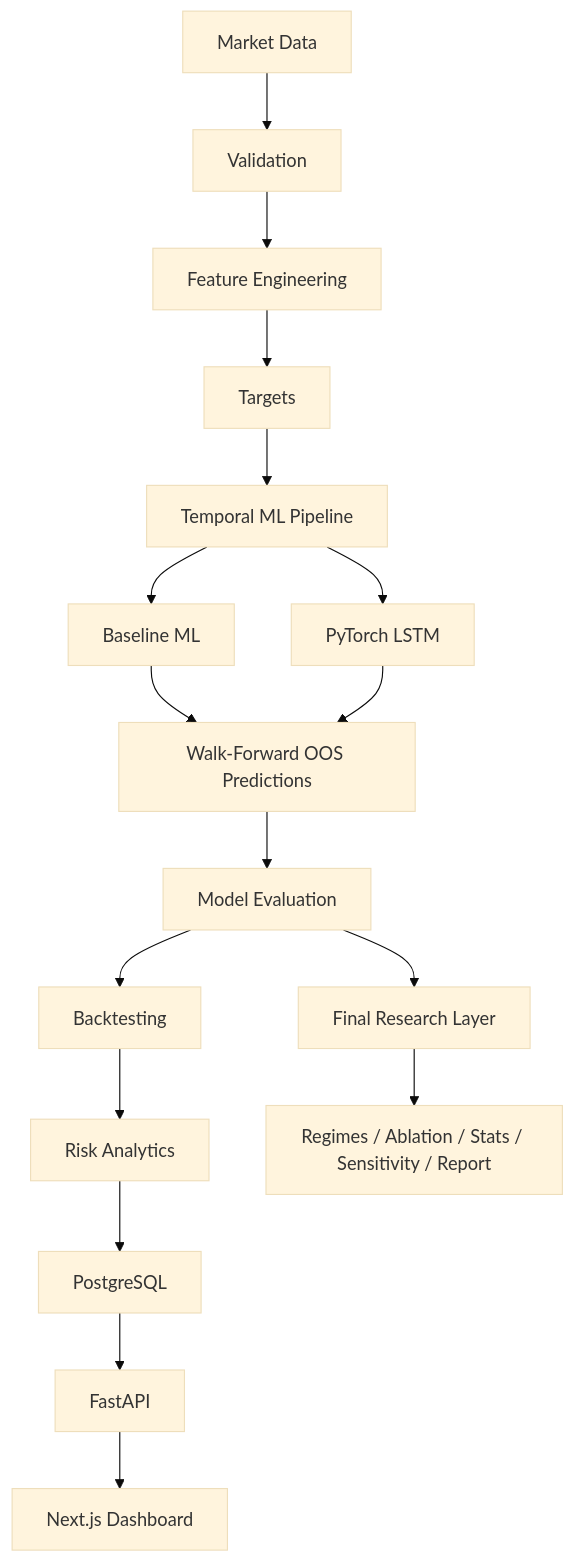
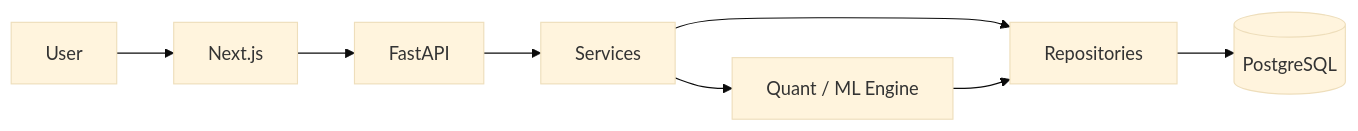
The diagram in README.md (Hypersb/stock-price-prediction-with-lsmt), drawn with Mermaid (base theme) before and after one commit. The commit also changed other lines of this file and 7 other files, not shown here.

````diff
--- a/README.md
+++ b/README.md
@@ -19,19 +41,10 @@
 ```mermaid
-flowchart TD
-    A[Market Data] --> B[Validation]
-    B --> C[Feature Engineering]
-    C --> D[Targets]
-    D --> E[Temporal ML Pipeline]
-    E --> F[Baseline ML]
-    E --> G[PyTorch LSTM]
-    F --> H[Walk-Forward OOS Predictions]
-    G --> H
-    H --> I[Model Evaluation]
-    I --> J[Backtesting]
-    J --> K[Risk Analytics]
-    K --> L[PostgreSQL]
-    L --> M[FastAPI]
-    M --> N[Next.js Dashboard]
-    I --> O[Final Research Layer]
-    O --> P[Regimes / Ablation / Stats / Sensitivity / Report]
+flowchart LR
+    User[User] --> FE[Next.js]
+    FE --> API[FastAPI]
+    API --> Svc[Services]
+    Svc --> Repo[Repositories]
+    Repo --> DB[(PostgreSQL)]
+    Svc --> Eng[Quant / ML Engine]
+    Eng --> Repo
 ```
````
